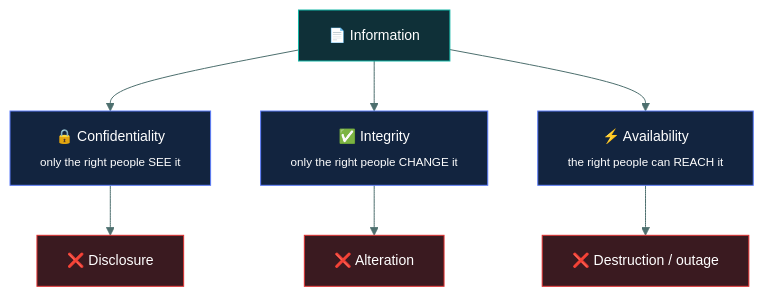
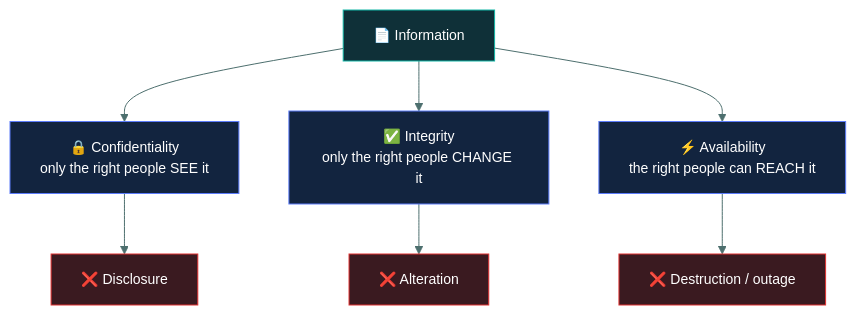
One commit to tarunTejaDesireddy/cc-exam-prep changed the first of 2 diagrams in 01-security-principles/cia-triad/README.md. Above: the diagram before and after it, drawn with Mermaid. The commit also changed other lines of this file and 15 other files, not shown here.

First line of the commit message:
Fix clipped mermaid labels repo-wide; add privacy topic

````diff
--- a/01-security-principles/cia-triad/README.md
+++ b/01-security-principles/cia-triad/README.md
@@ -59,19 +59,19 @@
 ```mermaid
 %%{init: {'theme':'base','themeVariables':{'fontSize':'14px','lineColor':'#4d6f6e','textColor':'#dbe7e6'}}}%%
 flowchart TD
     I["📄 Information"]
-    I --> C["🔒 Confidentiality<br/><sub>only the right people SEE it</sub>"]
-    I --> N["✅ Integrity<br/><sub>only the right people CHANGE it</sub>"]
-    I --> A["⚡ Availability<br/><sub>the right people can REACH it</sub>"]
+    I --> C["🔒 Confidentiality<br/>only the right people SEE it"]
+    I --> N["✅ Integrity<br/>only the right people CHANGE it"]
+    I --> A["⚡ Availability<br/>the right people can REACH it"]
     C --> CF["❌ Disclosure"]
     N --> NF["❌ Alteration"]
     A --> AF["❌ Destruction / outage"]
 
     style I fill:#0f3038,stroke:#12B5A5,color:#fff
     style C fill:#12243f,stroke:#5C7CFA,color:#fff
     style N fill:#12243f,stroke:#5C7CFA,color:#fff
     style A fill:#12243f,stroke:#5C7CFA,color:#fff
     style CF fill:#3a1a20,stroke:#E03131,color:#fff
     style NF fill:#3a1a20,stroke:#E03131,color:#fff
     style AF fill:#3a1a20,stroke:#E03131,color:#fff
 ```
````
